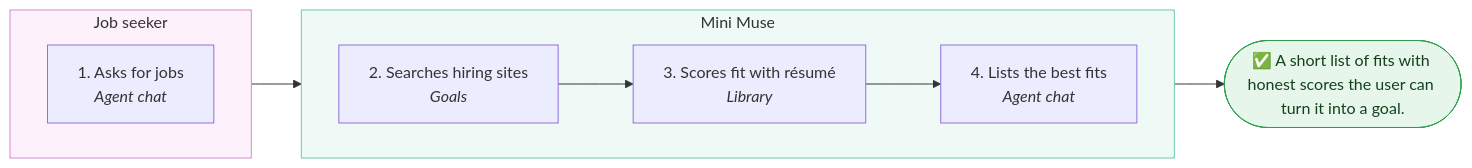
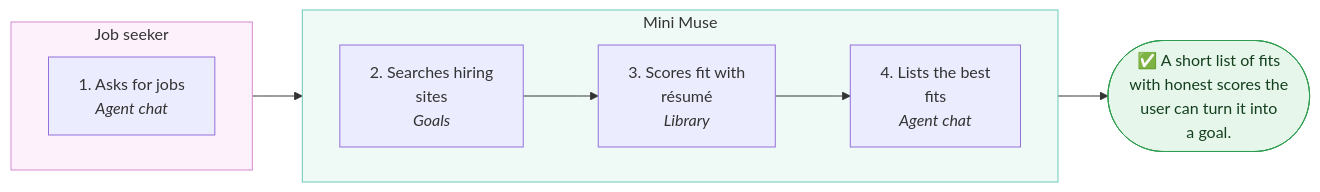
One commit to lngsa1234/mini-muse-mvp changed the second of 6 diagrams in docs/product/baseline.md. Above: the diagram before and after it, drawn with Mermaid. The commit also changed other lines of this file, not shown here.

First line of the commit message:
docs: compact journey diagram labels (AgentForge plugin 0.4.3)

````diff
--- a/docs/product/baseline.md
+++ b/docs/product/baseline.md
@@ -112,23 +112,23 @@
 ```mermaid
 flowchart LR
   subgraph user_lane["Job seeker"]
     direction LR
     s1["1. Asks for jobs<br/><i>Agent chat</i>"]
   end
   subgraph agent_lane["Mini Muse"]
     direction LR
-    s2["2. Searches hiring sites<br/><i>Goals</i>"]
-    s3["3. Scores fit with résumé<br/><i>Library</i>"]
-    s4["4. Lists the best fits<br/><i>Agent chat</i>"]
+    s2["2. Searches hiring<br/>sites<br/><i>Goals</i>"]
+    s3["3. Scores fit with<br/>résumé<br/><i>Library</i>"]
+    s4["4. Lists the best<br/>fits<br/><i>Agent chat</i>"]
   end
   s1 --> s2
   s2 --> s3
   s3 --> s4
-  done(["✅ A short list of fits with honest scores the user can turn it into a goal."])
+  done(["✅ A short list of fits<br/>with honest scores the<br/>user can turn it into<br/>a goal."])
   s4 --> done
   classDef approval fill:#fff4e0,stroke:#d18a1f,color:#5c3a00
   classDef outcome fill:#e6f6ea,stroke:#2f9e4f,color:#14401f
   style user_lane fill:#fdf2fb,stroke:#d58ad0
   style agent_lane fill:#effaf7,stroke:#6cc9b4
   class done outcome
 ```
````
